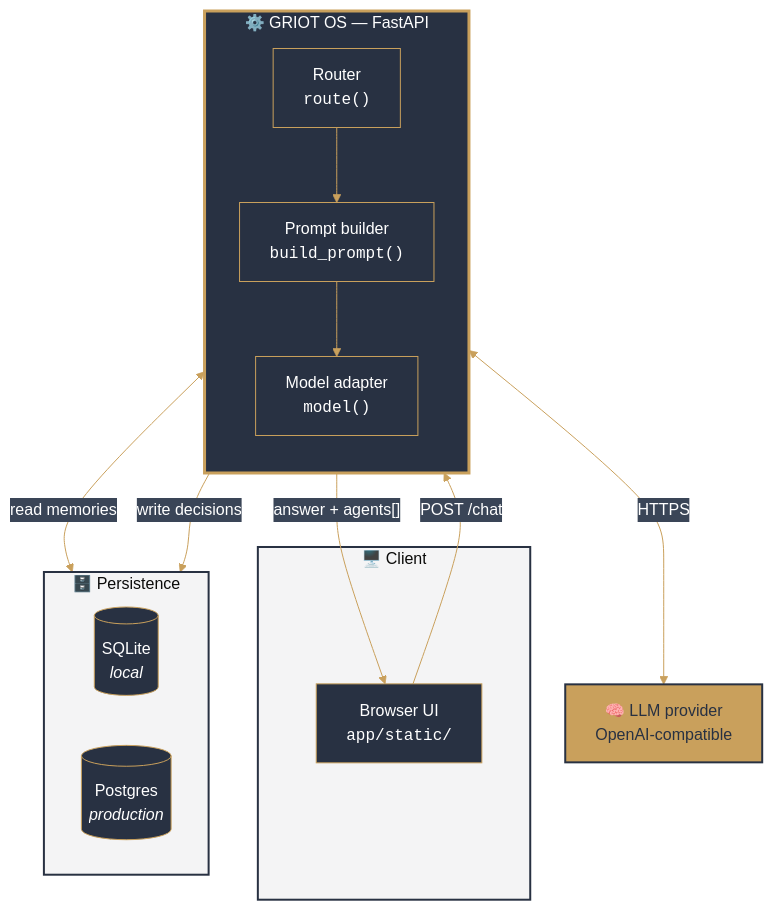
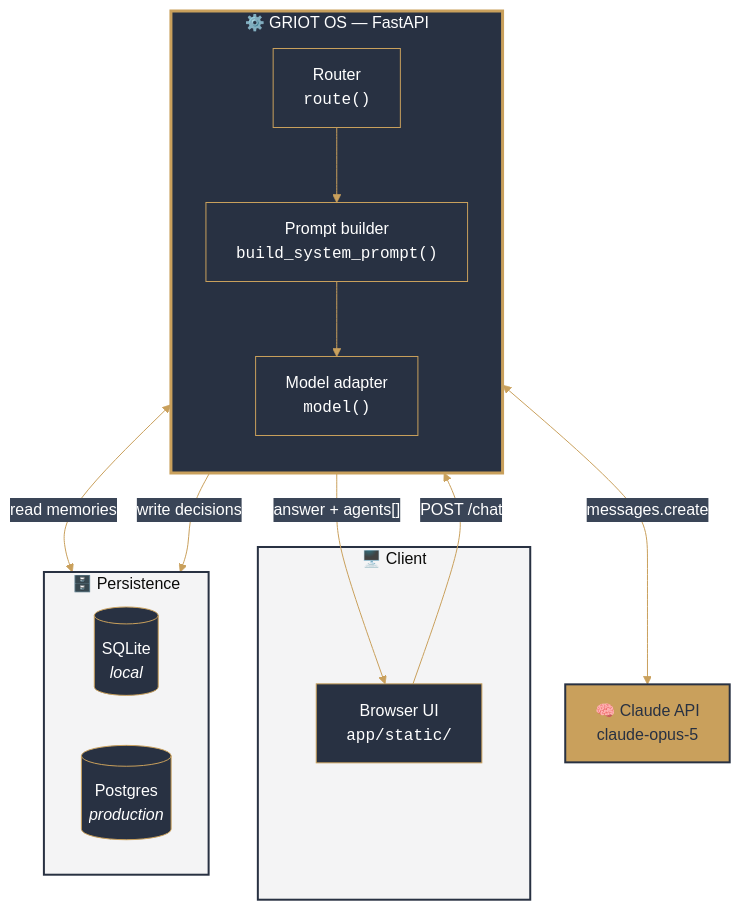
Before and after one commit to SpeakPower-commits/claude-central-agent: the first of 6 diagrams in README.md, drawn with Mermaid. The commit also changed other lines of this file, not shown here.

First line of the commit message:
docs: fix README logo path and retarget diagrams to Claude

````diff
--- a/README.md
+++ b/README.md
@@ -62,34 +63,34 @@
 ```mermaid
 %%{init: {'theme':'base','themeVariables':{'primaryColor':'#283142','primaryTextColor':'#ffffff','primaryBorderColor':'#C9A05C','lineColor':'#C9A05C','secondaryColor':'#3a4557','tertiaryColor':'#f4f4f5','fontFamily':'ui-sans-serif, system-ui, sans-serif'}}}%%
 flowchart TB
     subgraph client["🖥️  Client"]
         UI["Browser UI<br/><code>app/static/</code>"]
     end
 
     subgraph api["⚙️  GRIOT OS — FastAPI"]
         direction TB
         R["Router<br/><code>route()</code>"]
-        P["Prompt builder<br/><code>build_prompt()</code>"]
+        P["Prompt builder<br/><code>build_system_prompt()</code>"]
         M["Model adapter<br/><code>model()</code>"]
         R --> P --> M
     end
 
     subgraph store["🗄️  Persistence"]
         direction LR
         SQ[("SQLite<br/><i>local</i>")]
         PG[("Postgres<br/><i>production</i>")]
     end
 
-    LLM["🧠 LLM provider<br/>OpenAI-compatible"]
+    LLM["🧠 Claude API<br/>claude-opus-5"]
 
     UI -->|"POST /chat"| R
     P <-->|"read memories"| store
     M -->|"write decisions"| store
-    M <-->|"HTTPS"| LLM
+    M <-->|"messages.create"| LLM
     M -->|"answer + agents[]"| UI
 
     style client fill:#f4f4f5,stroke:#283142,stroke-width:2px
     style api fill:#283142,stroke:#C9A05C,stroke-width:3px,color:#fff
     style store fill:#f4f4f5,stroke:#283142,stroke-width:2px
     style LLM fill:#C9A05C,stroke:#283142,stroke-width:2px,color:#283142
 ```
````
